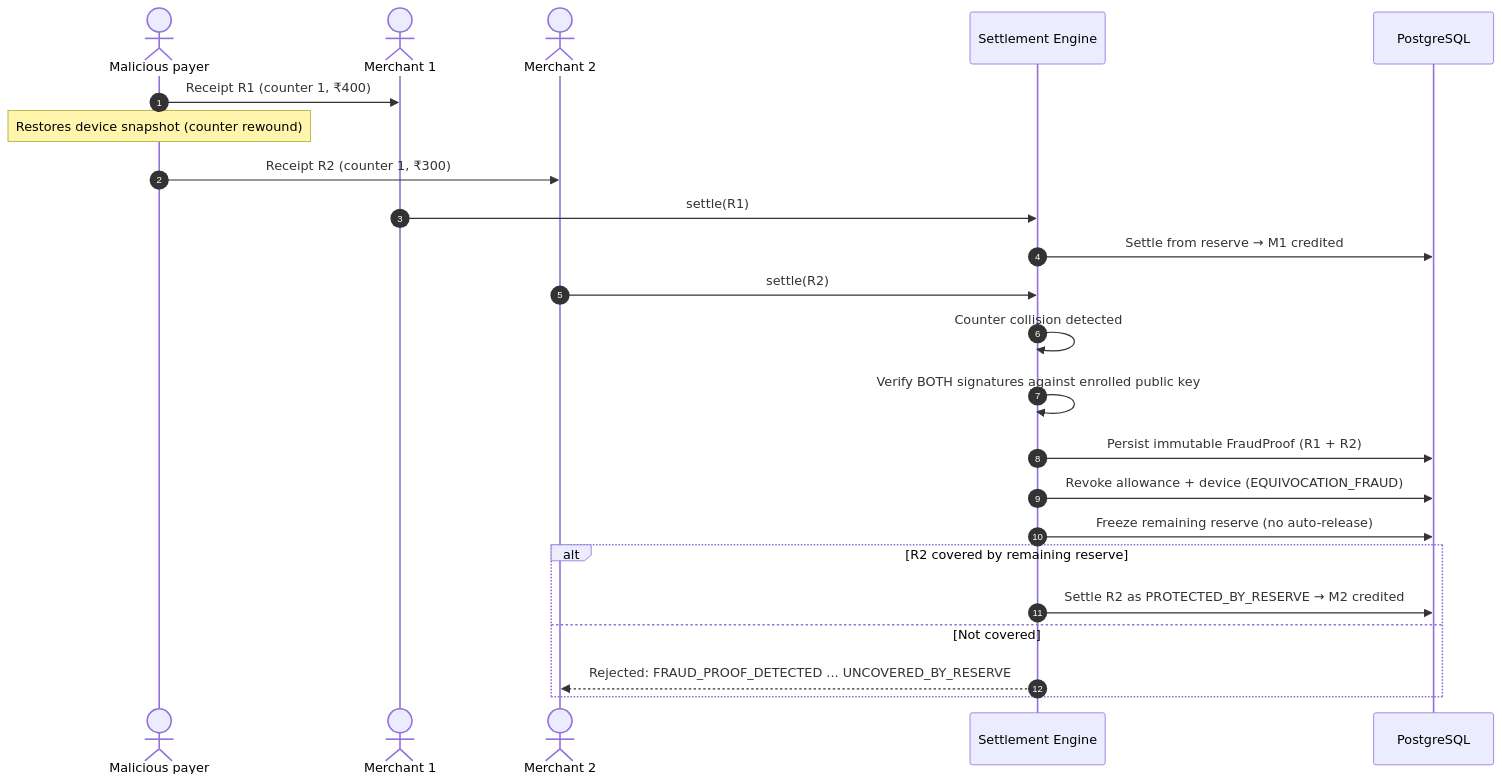
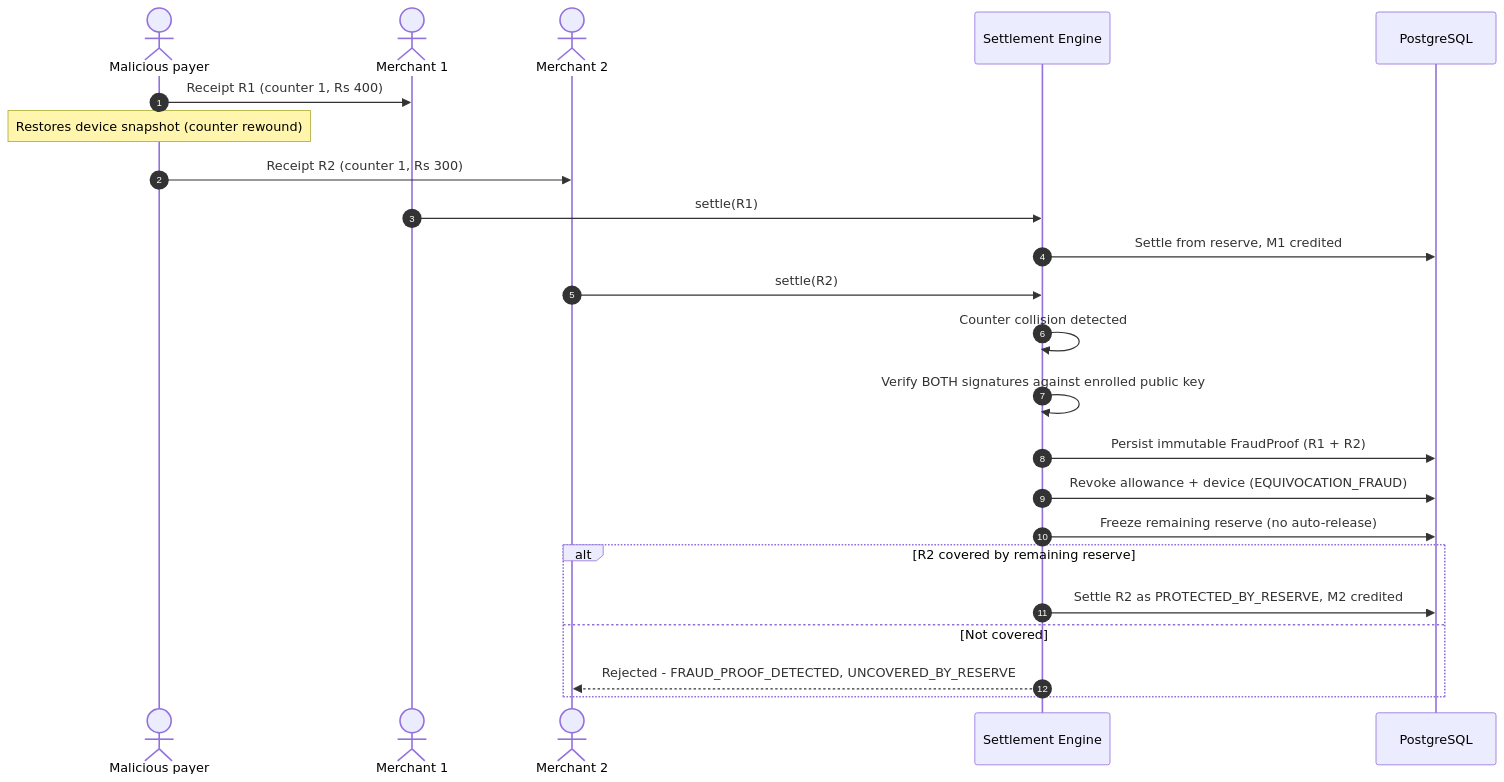
One commit to tanusingh04/Monetra changed the third of 5 diagrams in README.md. Above: the diagram before and after it, drawn with Mermaid. The commit also changed other lines of this file, not shown here.

````diff
--- a/README.md
+++ b/README.md
@@ -290,26 +288,26 @@
 ```mermaid
 sequenceDiagram
     autonumber
     actor Cheat as Malicious payer
     actor M1 as Merchant 1
     actor M2 as Merchant 2
     participant B as Settlement Engine
     participant DB as PostgreSQL
 
-    Cheat->>M1: Receipt R1 (counter 1, ₹400)
+    Cheat->>M1: Receipt R1 (counter 1, Rs 400)
     Note over Cheat: Restores device snapshot (counter rewound)
-    Cheat->>M2: Receipt R2 (counter 1, ₹300)
+    Cheat->>M2: Receipt R2 (counter 1, Rs 300)
     M1->>B: settle(R1)
-    B->>DB: Settle from reserve → M1 credited
+    B->>DB: Settle from reserve, M1 credited
     M2->>B: settle(R2)
     B->>B: Counter collision detected
     B->>B: Verify BOTH signatures against enrolled public key
     B->>DB: Persist immutable FraudProof (R1 + R2)
     B->>DB: Revoke allowance + device (EQUIVOCATION_FRAUD)
     B->>DB: Freeze remaining reserve (no auto-release)
     alt R2 covered by remaining reserve
-        B->>DB: Settle R2 as PROTECTED_BY_RESERVE → M2 credited
+        B->>DB: Settle R2 as PROTECTED_BY_RESERVE, M2 credited
     else Not covered
-        B-->>M2: Rejected: FRAUD_PROOF_DETECTED ... UNCOVERED_BY_RESERVE
+        B-->>M2: Rejected - FRAUD_PROOF_DETECTED, UNCOVERED_BY_RESERVE
     end
 ```
````
